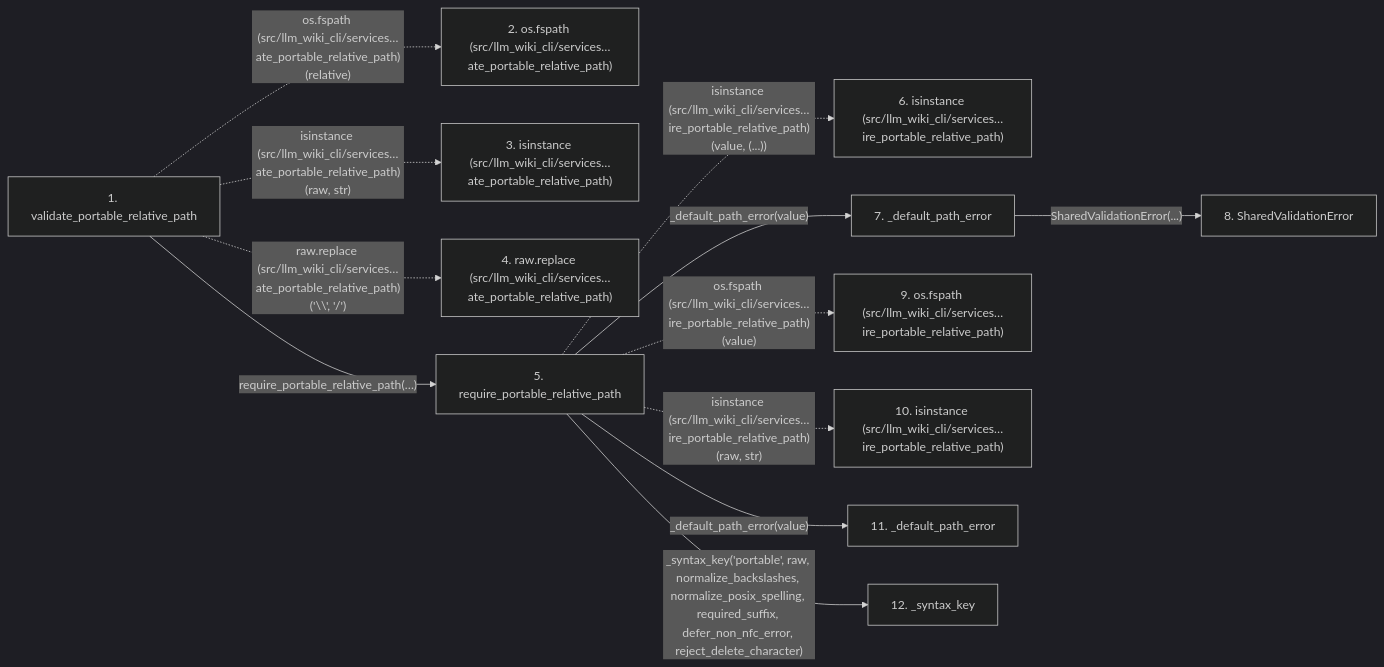
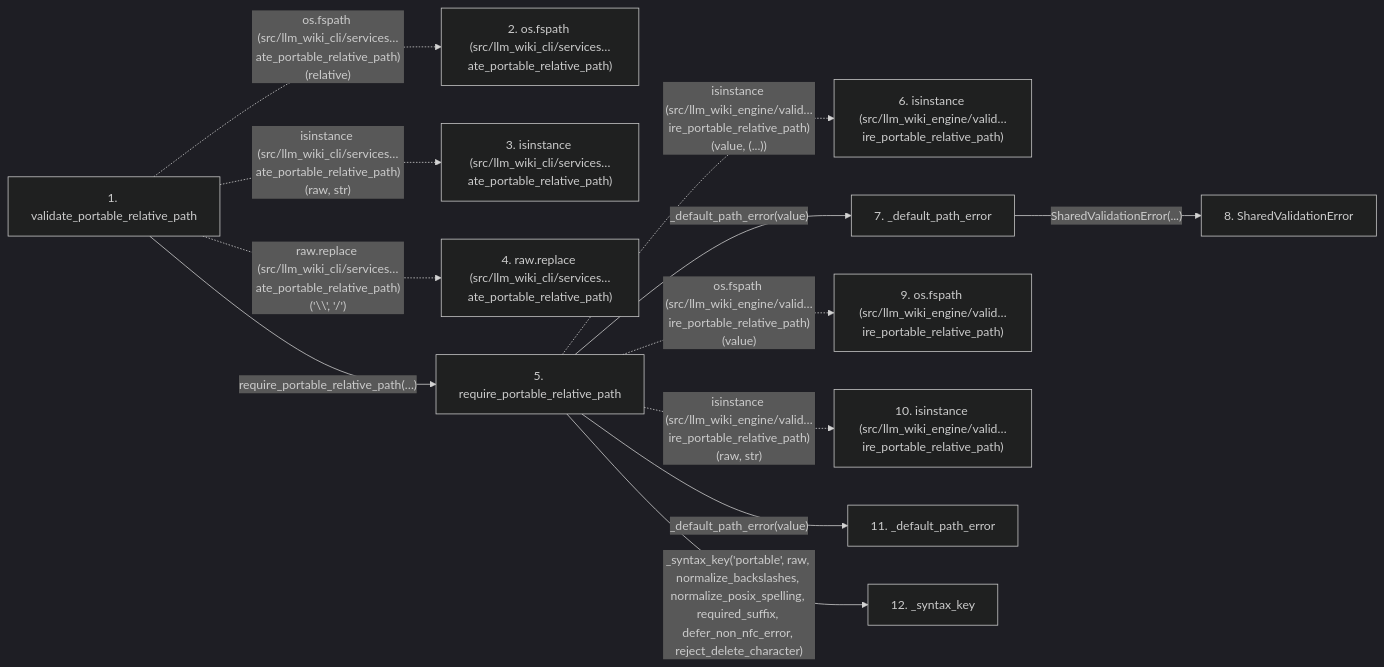
One commit to Denissvgn/python-wiki-llm changed the second of 2 diagrams in docs/llm_wiki/flows/api-validate_portable_relative_path.md. Above: the diagram before and after it, drawn with Mermaid (dark theme). The commit also changed other lines of this file and 1103 other files, not shown here.

First line of the commit message:
docs: refresh the wiki for the llm-wiki-engine distribution

````diff
--- a/docs/llm_wiki/flows/api-validate_portable_relative_path.md
+++ b/docs/llm_wiki/flows/api-validate_portable_relative_path.md
@@ -126,32 +126,32 @@
 ```mermaid
 flowchart LR
     s1["1. validate_portable_relative_path"]
     s2["2. os.fspath (src/llm_wiki_cli/services…ate_portable_relative_path)"]
     s3["3. isinstance (src/llm_wiki_cli/services…ate_portable_relative_path)"]
     s4["4. raw.replace (src/llm_wiki_cli/services…ate_portable_relative_path)"]
     s5["5. require_portable_relative_path"]
-    s6["6. isinstance (src/llm_wiki_cli/services…ire_portable_relative_path)"]
+    s6["6. isinstance (src/llm_wiki_engine/valid…ire_portable_relative_path)"]
     s7["7. _default_path_error"]
     s8["8. SharedValidationError"]
-    s9["9. os.fspath (src/llm_wiki_cli/services…ire_portable_relative_path)"]
-    s10["10. isinstance (src/llm_wiki_cli/services…ire_portable_relative_path)"]
+    s9["9. os.fspath (src/llm_wiki_engine/valid…ire_portable_relative_path)"]
+    s10["10. isinstance (src/llm_wiki_engine/valid…ire_portable_relative_path)"]
     s11["11. _default_path_error"]
     s12["12. _syntax_key"]
     s1 -. "os.fspath (src/llm_wiki_cli/services…ate_portable_relative_path)(relative)" .-> s2
     s1 -. "isinstance (src/llm_wiki_cli/services…ate_portable_relative_path)(raw, str)" .-> s3
     s1 -. "raw.replace (src/llm_wiki_cli/services…ate_portable_relative_path)('\\', '/')" .-> s4
     s1 -->|"require_portable_relative_path(…)"| s5
-    s5 -. "isinstance (src/llm_wiki_cli/services…ire_portable_relative_path)(value, (...))" .-> s6
+    s5 -. "isinstance (src/llm_wiki_engine/valid…ire_portable_relative_path)(value, (...))" .-> s6
     s5 -->|"_default_path_error(value)"| s7
     s7 -->|"SharedValidationError(...)"| s8
-    s5 -. "os.fspath (src/llm_wiki_cli/services…ire_portable_relative_path)(value)" .-> s9
-    s5 -. "isinstance (src/llm_wiki_cli/services…ire_portable_relative_path)(raw, str)" .-> s10
+    s5 -. "os.fspath (src/llm_wiki_engine/valid…ire_portable_relative_path)(value)" .-> s9
+    s5 -. "isinstance (src/llm_wiki_engine/valid…ire_portable_relative_path)(raw, str)" .-> s10
     s5 -->|"_default_path_error(value)"| s11
     s5 -->|"_syntax_key('portable', raw, normalize_backslashes, normalize_posix_spelling, required_suffix, defer_non_nfc_error, reject_delete_character)"| s12
     click s1 "../modules/protected_artifacts.md"
     click s5 "../modules/validation.md"
     click s7 "../modules/validation.md"
     click s8 "../modules/validation.md"
     click s11 "../modules/validation.md"
     click s12 "../modules/validation.md"
 ```
````
